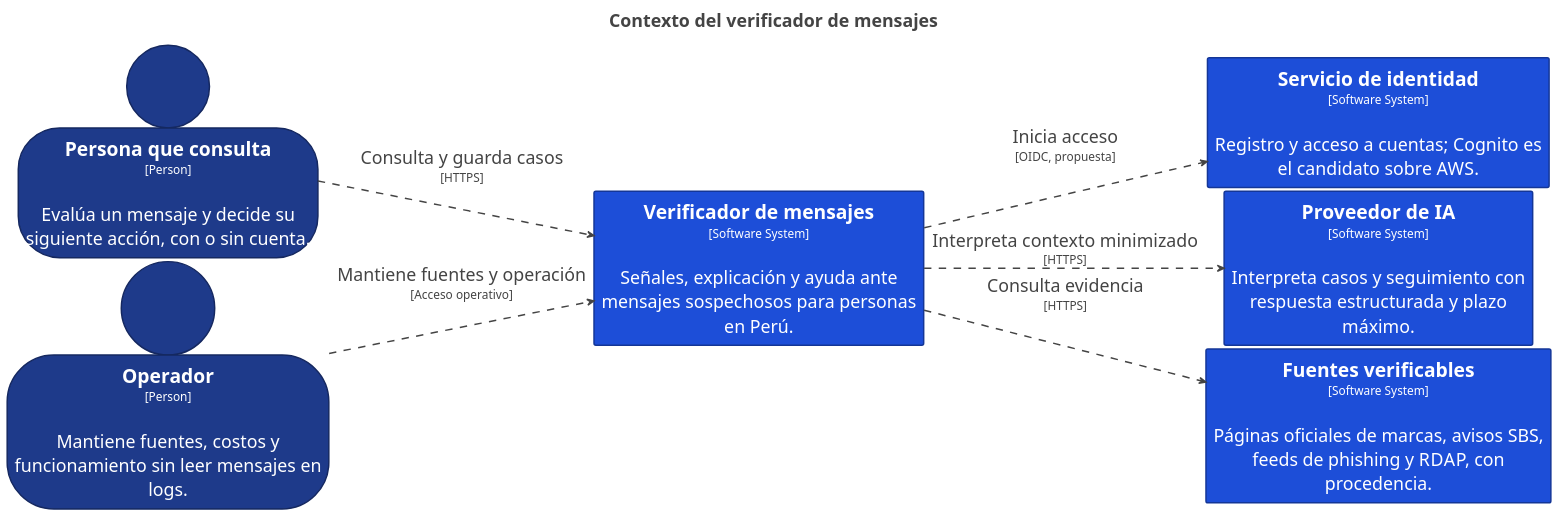
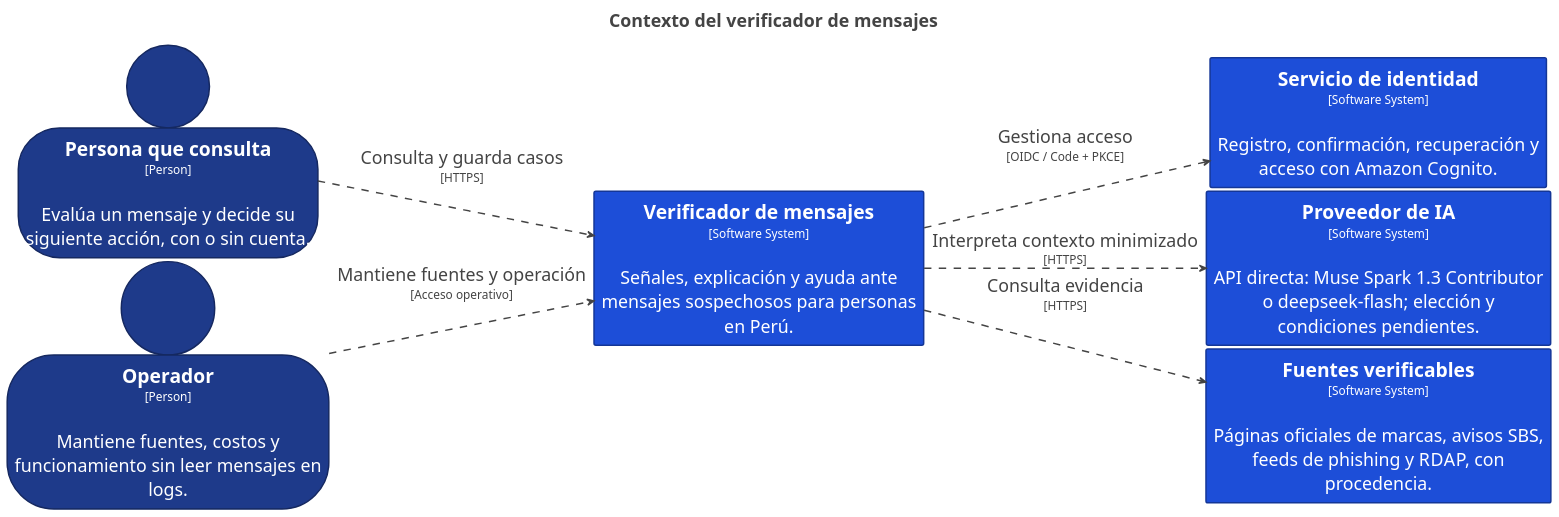
One commit to deep-skill/everyday-trust changed the diagram in docs/diagrams/c4/structurizr-Context.puml. Above: the diagram before and after it, drawn with PlantUML. The commit also changed 43 other files, not shown here.

```diff
--- a/docs/diagrams/c4/structurizr-Context.puml
+++ b/docs/diagrams/c4/structurizr-Context.puml
@@ -1,63 +1,63 @@
 @startuml
 title <size:24>Contexto del verificador de mensajes</size>
 
 set separator none
 left to right direction
 skinparam ranksep 20
 skinparam nodesep 5
 hide stereotype
 
 <style>
   root {
     BackgroundColor: #ffffff;
     FontColor: #444444;
   }
   // Element,Person
   .Element-RWxlbWVudCxQZXJzb24= {
     BackgroundColor: #1e3a8a;
     LineColor: #152860;
     LineStyle: 0;
     LineThickness: 2;
     FontColor: #ffffff;
     FontSize: 24;
     HorizontalAlignment: center;
     Shadowing: 0;
     MaximumWidth: 450;
   }
   // Element,Software System
   .Element-RWxlbWVudCxTb2Z0d2FyZSBTeXN0ZW0= {
     BackgroundColor: #1d4ed8;
     LineColor: #143697;
     LineStyle: 0;
     LineThickness: 2;
     FontColor: #ffffff;
     FontSize: 24;
     HorizontalAlignment: center;
     Shadowing: 0;
     MaximumWidth: 450;
   }
   // Relationship
   .Relationship-UmVsYXRpb25zaGlw {
     LineThickness: 2;
     LineStyle: 10-10;
     LineColor: #444444;
     FontColor: #444444;
     FontSize: 24;
     MaximumWidth: 200;
   }
 </style>
 
 person "==Persona que consulta\n<size:16>[Person]</size>\n\nEvalúa un mensaje y decide su siguiente acción, con o sin cuenta." <<Element-RWxlbWVudCxQZXJzb24=>> as Personaqueconsulta
 person "==Operador\n<size:16>[Person]</size>\n\nMantiene fuentes, costos y funcionamiento sin leer mensajes en logs." <<Element-RWxlbWVudCxQZXJzb24=>> as Operador
-rectangle "==Servicio de identidad\n<size:16>[Software System]</size>\n\nRegistro y acceso a cuentas; Cognito es el candidato sobre AWS." <<Element-RWxlbWVudCxTb2Z0d2FyZSBTeXN0ZW0=>> as Serviciodeidentidad
-rectangle "==Proveedor de IA\n<size:16>[Software System]</size>\n\nInterpreta casos y seguimiento con respuesta estructurada y plazo máximo." <<Element-RWxlbWVudCxTb2Z0d2FyZSBTeXN0ZW0=>> as ProveedordeIA
+rectangle "==Servicio de identidad\n<size:16>[Software System]</size>\n\nRegistro, confirmación, recuperación y acceso con Amazon Cognito." <<Element-RWxlbWVudCxTb2Z0d2FyZSBTeXN0ZW0=>> as Serviciodeidentidad
+rectangle "==Proveedor de IA\n<size:16>[Software System]</size>\n\nAPI directa: Muse Spark 1.3 Contributor o deepseek-flash; elección y condiciones pendientes." <<Element-RWxlbWVudCxTb2Z0d2FyZSBTeXN0ZW0=>> as ProveedordeIA
 rectangle "==Fuentes verificables\n<size:16>[Software System]</size>\n\nPáginas oficiales de marcas, avisos SBS, feeds de phishing y RDAP, con procedencia." <<Element-RWxlbWVudCxTb2Z0d2FyZSBTeXN0ZW0=>> as Fuentesverificables
 rectangle "==Verificador de mensajes\n<size:16>[Software System]</size>\n\nSeñales, explicación y ayuda ante mensajes sospechosos para personas en Perú." <<Element-RWxlbWVudCxTb2Z0d2FyZSBTeXN0ZW0=>> as Verificadordemensajes
 
 Personaqueconsulta --> Verificadordemensajes <<Relationship-UmVsYXRpb25zaGlw>> : "Consulta y guarda casos\n<size:16>[HTTPS]</size>"
 Operador --> Verificadordemensajes <<Relationship-UmVsYXRpb25zaGlw>> : "Mantiene fuentes y operación\n<size:16>[Acceso operativo]</size>"
-Verificadordemensajes --> Serviciodeidentidad <<Relationship-UmVsYXRpb25zaGlw>> : "Inicia acceso\n<size:16>[OIDC, propuesta]</size>"
+Verificadordemensajes --> Serviciodeidentidad <<Relationship-UmVsYXRpb25zaGlw>> : "Gestiona acceso\n<size:16>[OIDC / Code + PKCE]</size>"
 Verificadordemensajes --> ProveedordeIA <<Relationship-UmVsYXRpb25zaGlw>> : "Interpreta contexto minimizado\n<size:16>[HTTPS]</size>"
 Verificadordemensajes --> Fuentesverificables <<Relationship-UmVsYXRpb25zaGlw>> : "Consulta evidencia\n<size:16>[HTTPS]</size>"
 
 @enduml
```
